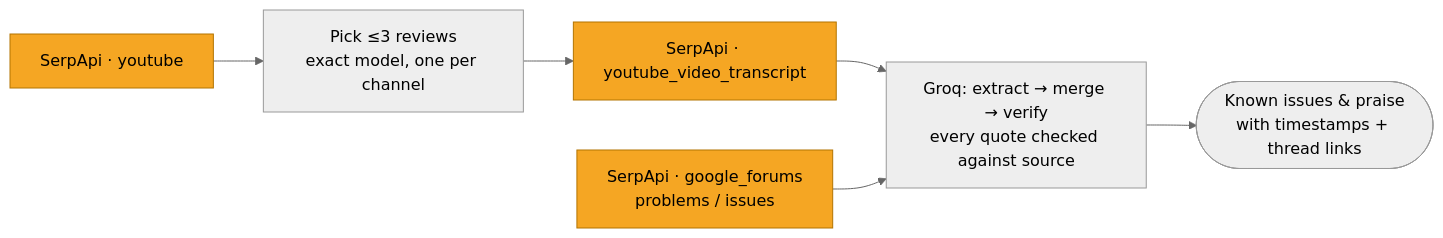
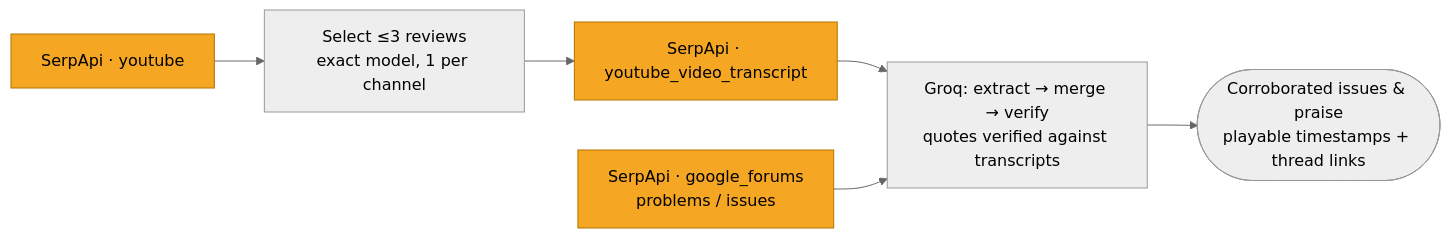
The fifth of 6 diagrams in README.md (YashIIT0909/Clarity), drawn with Mermaid (neutral theme) before and after one commit. The commit also changed other lines of this file, not shown here.

Commit message:
docs: update README with MCP support, multi-market details, and updated architecture descriptions

````diff
--- a/README.md
+++ b/README.md
@@ -262,11 +245,11 @@
 ```mermaid
 flowchart LR
-    Y["SerpApi · youtube"] --> SEL["Pick ≤3 reviews<br/>exact model, one per channel"]
+    Y["SerpApi · youtube"] --> SEL["Select ≤3 reviews<br/>exact model, 1 per channel"]
     SEL --> TX["SerpApi · youtube_video_transcript"]
     F["SerpApi · google_forums<br/>problems / issues"]
-    TX & F --> LLM["Groq: extract → merge → verify<br/>every quote checked against source"]
-    LLM --> OUT(["Known issues & praise<br/>with timestamps + thread links"])
+    TX & F --> LLM["Groq: extract → merge → verify<br/>quotes verified against transcripts"]
+    LLM --> OUT(["Corroborated issues & praise<br/>playable timestamps + thread links"])
 
     classDef serp fill:#f5a623,stroke:#b37400,color:#000
     class Y,TX,F serp
 ```
````
